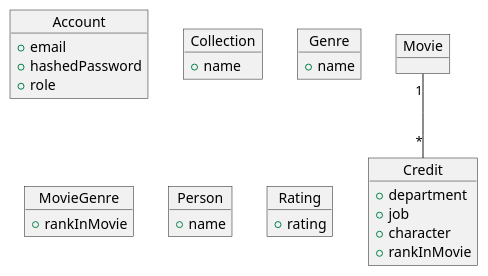
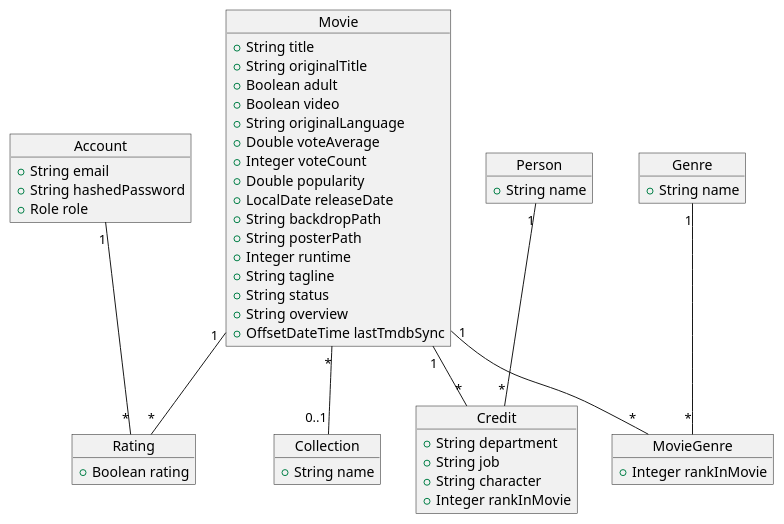
Before and after one commit to pbollhorn/movie-app-backend: the diagram in docs/DomainModel.puml, drawn with PlantUML.

```diff
--- a/docs/DomainModel.puml
+++ b/docs/DomainModel.puml
@@ -1,41 +1,62 @@
 @startuml
 object Account {
-    +email
-    +hashedPassword
-    +role
+    +String email
+    +String hashedPassword
+    +Role role
 }
 
 object Collection {
-    +name
+    +String name
 }
 
 object Credit {
-    +department
-    +job
-    +character
-    +rankInMovie
+    +String department
+    +String job
+    +String character
+    +Integer rankInMovie
 }
 
 object Genre {
-    +name
+    +String name
 }
 
 object Movie {
-
+    +String title
+    +String originalTitle
+    +Boolean adult
+    +Boolean video
+    +String originalLanguage
+    +Double voteAverage
+    +Integer voteCount
+    +Double popularity
+    +LocalDate releaseDate
+    +String backdropPath
+    +String posterPath
+    +Integer runtime
+    +String tagline
+    +String status
+    +String overview
+    +OffsetDateTime lastTmdbSync
 }
 
 object MovieGenre {
-    +rankInMovie
+    +Integer rankInMovie
 }
 
 object Person {
-    +name
+    +String name
 }
 
 object Rating {
-    +rating
+    +Boolean rating
 }
 
+Account "1" -- "*" Rating
+Movie "1" -- "*" Rating
 Movie "1" -- "*" Credit
+Person "1" -- "*" Credit
+Movie "1" -- "*" MovieGenre
+Genre "1" -- "*" MovieGenre
+Movie "*" -- "0..1" Collection
 
 @enduml
```
